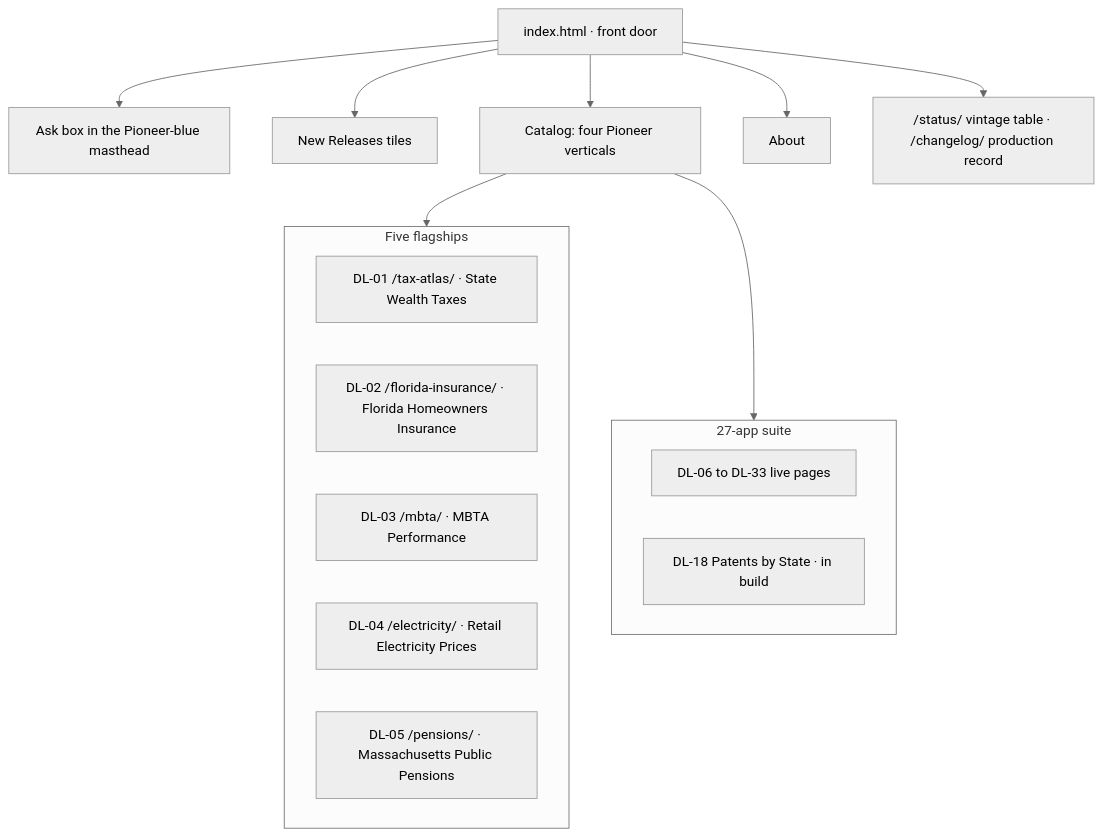
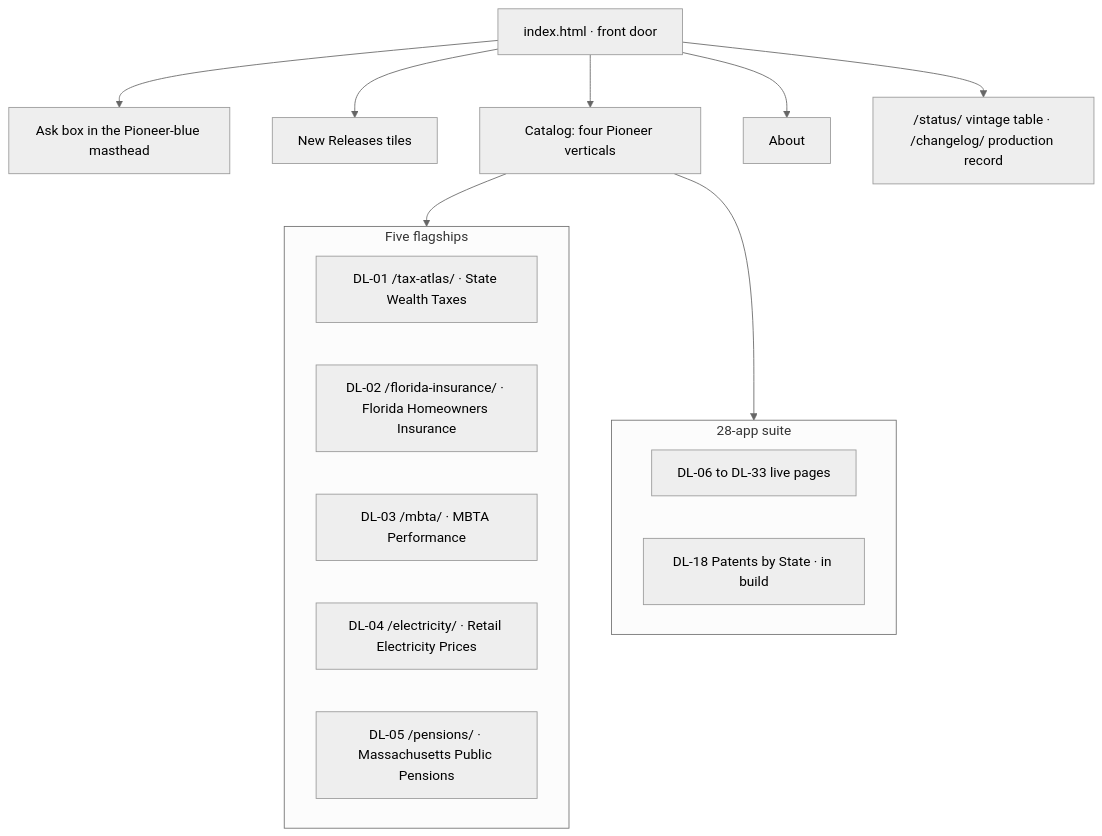
The second of 8 diagrams in ARCHITECTURE.md (jcalabr3ez/datalabs-prototype), drawn with Mermaid (neutral theme) before and after one commit. The commit also changed other lines of this file and 4 other files, not shown here.

````diff
--- a/ARCHITECTURE.md
+++ b/ARCHITECTURE.md
@@ -39,23 +39,23 @@
 ```mermaid
 flowchart TB
   Door["index.html · front door"]
   Door --> AskBox[Ask box in the Pioneer-blue masthead]
   Door --> Releases[New Releases tiles]
   Door --> Catalog[Catalog: four Pioneer verticals]
   Door --> About[About]
   Catalog --> Flagships
   Catalog --> Suite
   subgraph Flagships [Five flagships]
     DL01["DL-01 /tax-atlas/ · State Wealth Taxes"]
     DL02["DL-02 /florida-insurance/ · Florida Homeowners Insurance"]
     DL03["DL-03 /mbta/ · MBTA Performance"]
     DL04["DL-04 /electricity/ · Retail Electricity Prices"]
     DL05["DL-05 /pensions/ · Massachusetts Public Pensions"]
   end
-  subgraph Suite [27-app suite]
+  subgraph Suite [28-app suite]
     Live["DL-06 to DL-33 live pages"]
     Stub["DL-18 Patents by State · in build"]
   end
   Ops["/status/ vintage table · /changelog/ production record"]
   Door --> Ops
 ```
````
